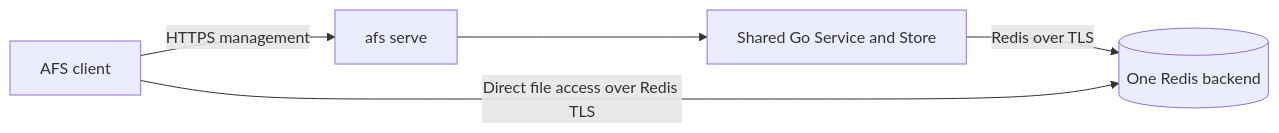
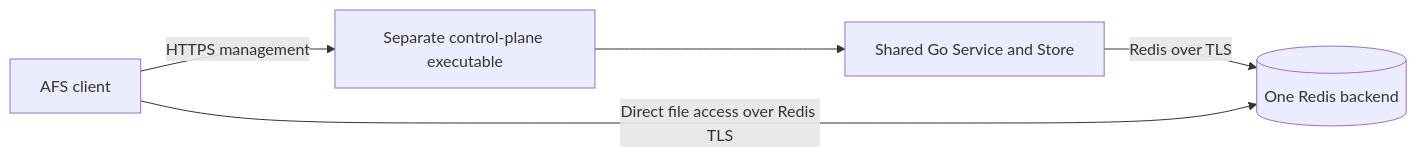
The diagram in docs/lightweight-control-plane.md (rowantrollope/afs), drawn with Mermaid before and after one commit. The commit also changed other lines of this file and 16 other files, not shown here.

````diff
--- a/docs/lightweight-control-plane.md
+++ b/docs/lightweight-control-plane.md
@@ -77,7 +84,7 @@
 ```mermaid
 flowchart LR
-    C[AFS client] -->|HTTPS management| S[afs serve]
+    C[AFS client] -->|HTTPS management| S[Separate control-plane executable]
     S --> E[Shared Go Service and Store]
     E -->|Redis over TLS| R[(One Redis backend)]
     C -->|Direct file access over Redis TLS| R
 ```
````
